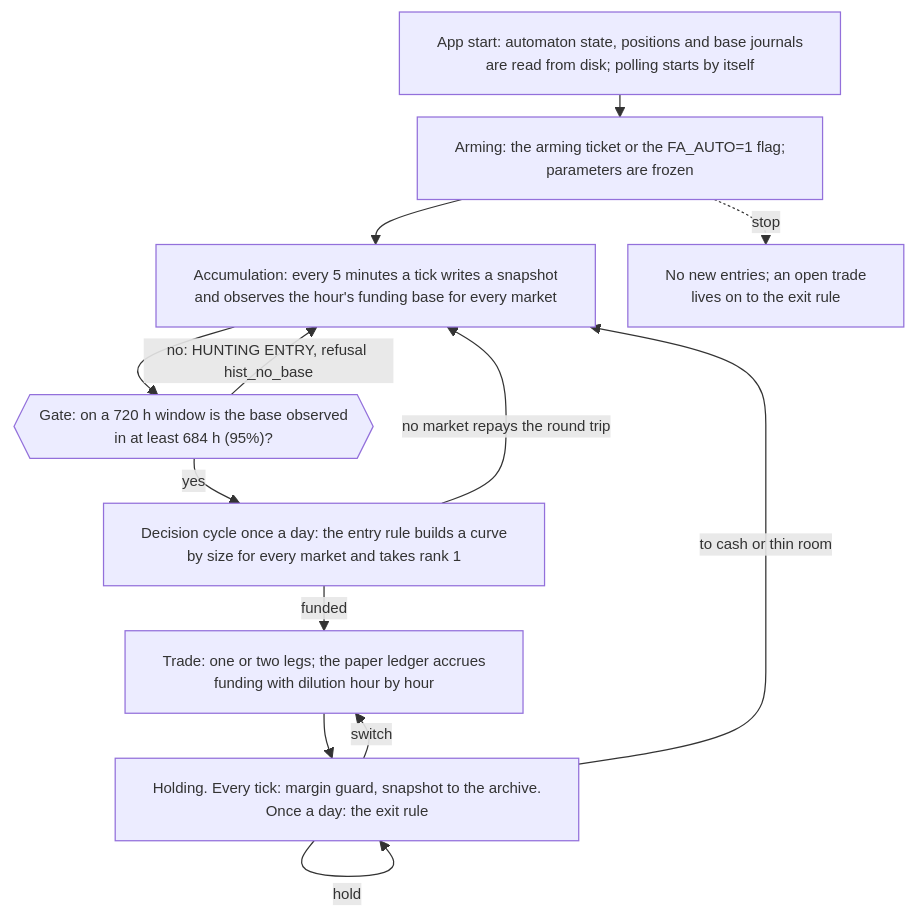
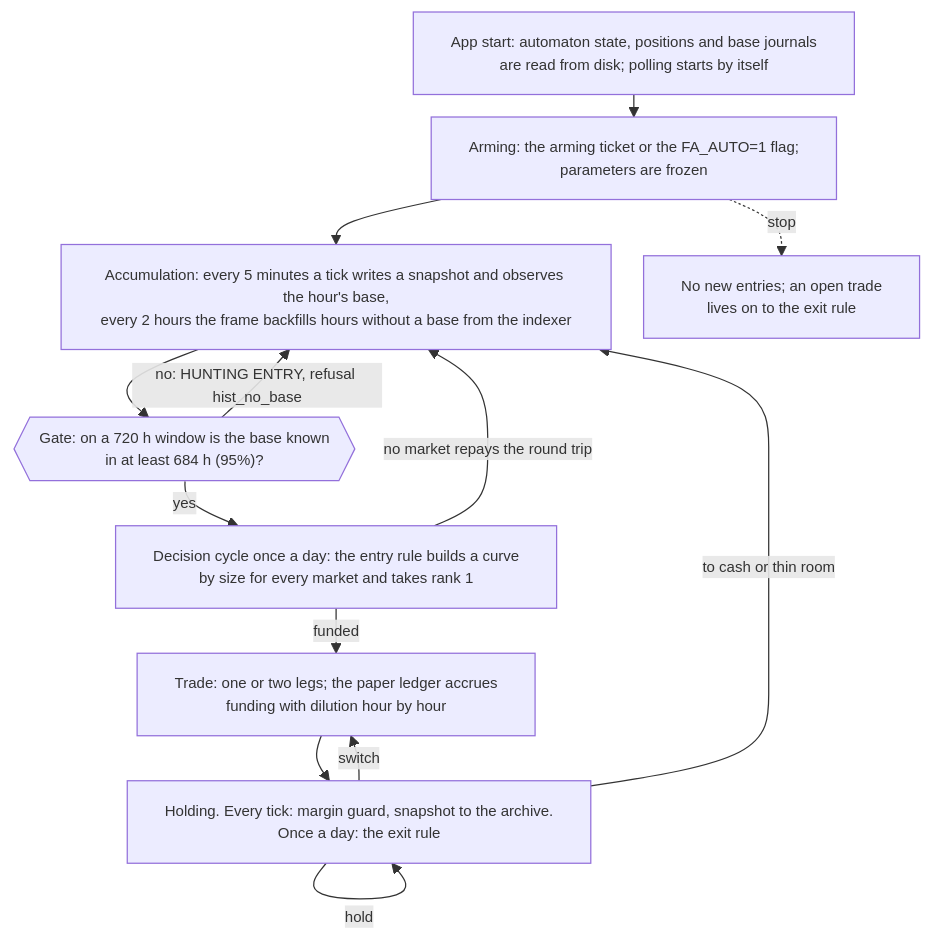
Before and after one commit to hamiltonalex/botLab: the first of 6 diagrams in botLab-desktop/docs/bot1-funding-arb-how-it-works.en.md, drawn with Mermaid. The commit also changed other lines of this file and 19 other files, not shown here.

````diff
--- a/botLab-desktop/docs/bot1-funding-arb-how-it-works.en.md
+++ b/botLab-desktop/docs/bot1-funding-arb-how-it-works.en.md
@@ -45,16 +46,16 @@
 ```mermaid
 %%{init: {"themeVariables": {"fontSize": "12px"}, "flowchart": {"nodeSpacing": 26, "rankSpacing": 18, "diagramPadding": 4, "wrappingWidth": 380}}}%%
 flowchart TD
     A["App start: automaton state, positions and base journals<br/>are read from disk; polling starts by itself"] --> B["Arming: the arming ticket or the FA_AUTO=1 flag;<br/>parameters are frozen"]
-    B --> C["Accumulation: every 5 minutes a tick writes a snapshot<br/>and observes the hour's funding base for every market"]
-    C --> D{{"Gate: on a 720 h window is the base observed<br/>in at least 684 h (95%)?"}}
+    B --> C["Accumulation: every 5 minutes a tick writes a snapshot and observes the hour's base,<br/>every 2 hours the frame backfills hours without a base from the indexer"]
+    C --> D{{"Gate: on a 720 h window is the base known<br/>in at least 684 h (95%)?"}}
     D -- "no: HUNTING ENTRY, refusal hist_no_base" --> C
     D -- "yes" --> E["Decision cycle once a day: the entry rule builds a curve<br/>by size for every market and takes rank 1"]
     E -- "no market repays the round trip" --> C
     E -- "funded" --> F["Trade: one or two legs; the paper ledger accrues<br/>funding with dilution hour by hour"]
     F --> G["Holding. Every tick: margin guard, snapshot to the archive.<br/>Once a day: the exit rule"]
     G -- "hold" --> G
     G -- "to cash or thin room" --> C
     G -- "switch" --> F
     B -. "stop" .-> H["No new entries; an open trade<br/>lives on to the exit rule"]
 ```
````
